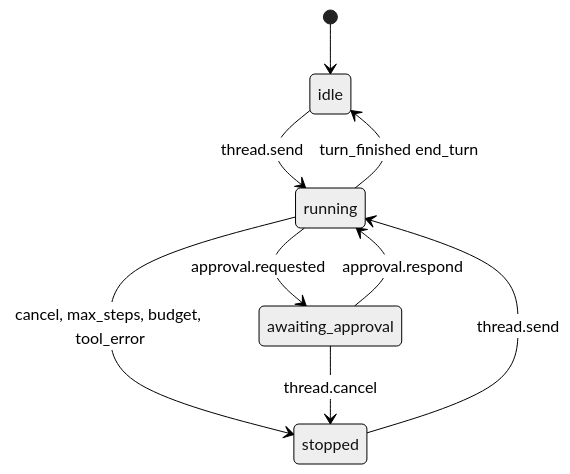
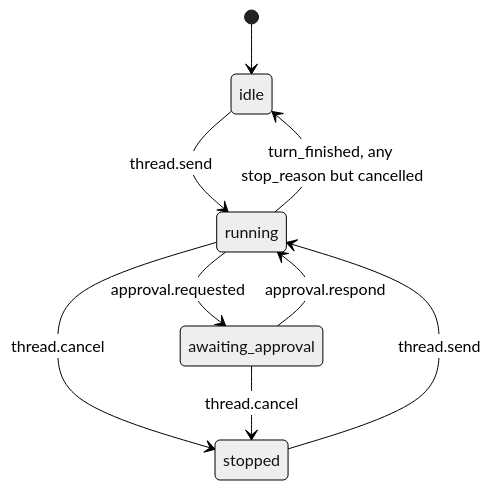
The first of 3 diagrams in specs/api/umbral-daemon-api-v1.md (ecrespo/umbral), drawn with Mermaid (neutral theme) before and after one commit. The commit also changed other lines of this file and 6 other files, not shown here.

First line of the commit message:
docs(specs): ratify delta 2026-10-thread-cancel

````diff
--- a/specs/api/umbral-daemon-api-v1.md
+++ b/specs/api/umbral-daemon-api-v1.md
@@ -904,11 +904,11 @@
 ```mermaid
 stateDiagram-v2
   [*] --> idle
   idle --> running: thread.send
   running --> awaiting_approval: approval.requested
   awaiting_approval --> running: approval.respond
-  running --> idle: turn_finished end_turn
-  running --> stopped: cancel, max_steps, budget, tool_error
+  running --> idle: turn_finished, any stop_reason but cancelled
+  running --> stopped: thread.cancel
   awaiting_approval --> stopped: thread.cancel
   stopped --> running: thread.send
 ```
````
